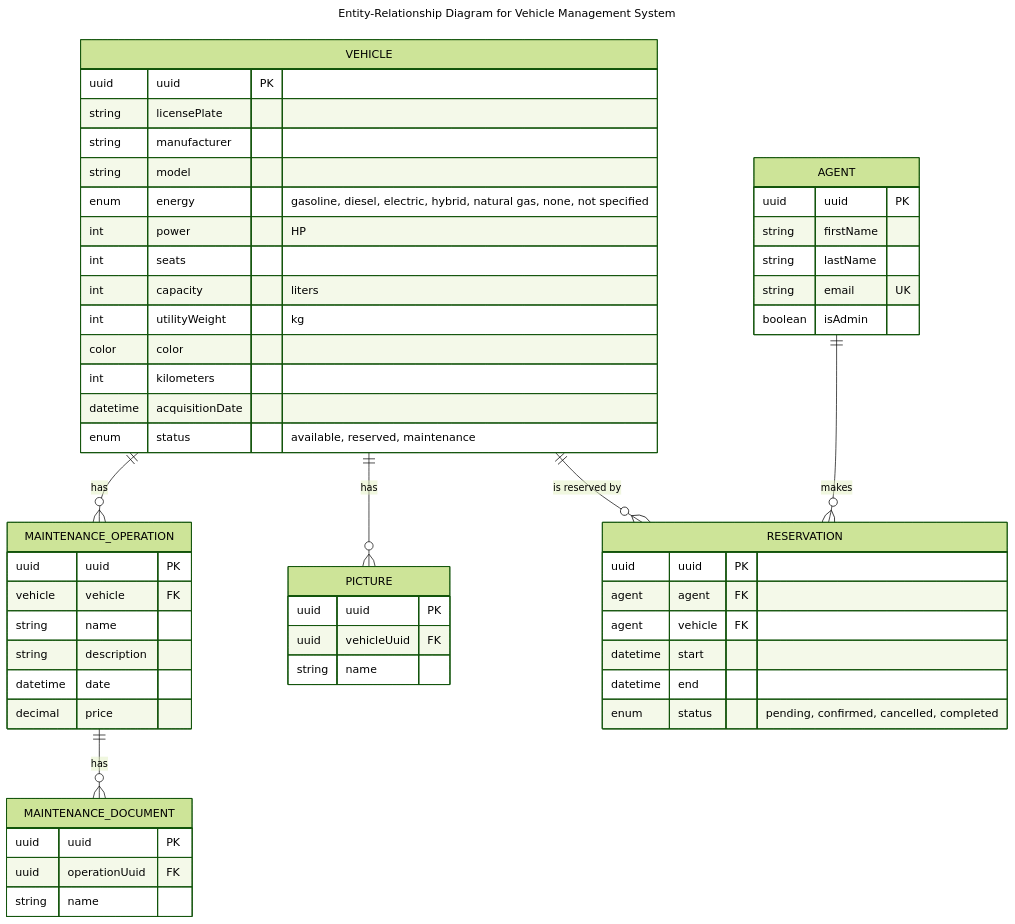
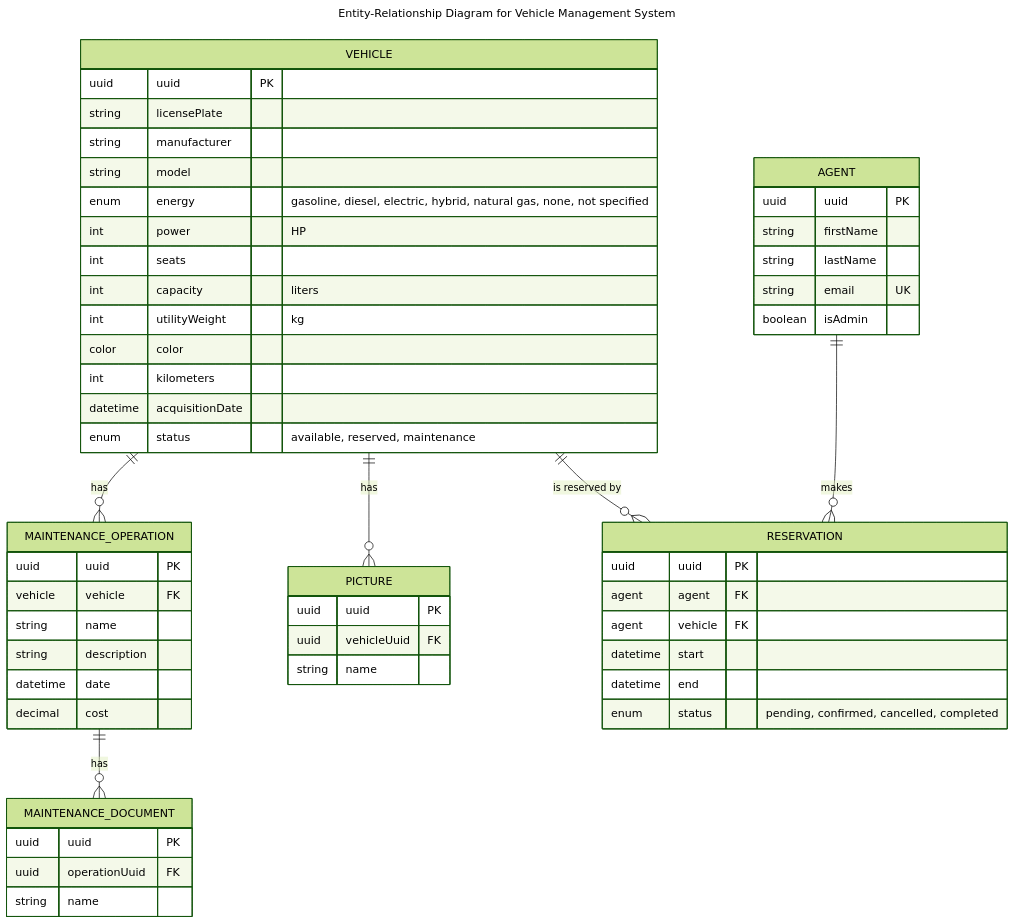
Before and after one commit to NathanFerry/wherethecar: the diagram in docs/domain/er-diagram.md, drawn with Mermaid (forest theme). The commit also changed 1 other file, not shown here.

Commit message:
Update domain and schema

````diff
--- a/docs/domain/er-diagram.md
+++ b/docs/domain/er-diagram.md
@@ -1,65 +1,65 @@
 ```mermaid
 ---
 title: Entity-Relationship Diagram for Vehicle Management System
 ---
 erDiagram
     VEHICLE ||--o{ MAINTENANCE_OPERATION : has
     VEHICLE ||--o{ PICTURE : has
     VEHICLE ||--o{ RESERVATION : "is reserved by"
     MAINTENANCE_OPERATION ||--o{ MAINTENANCE_DOCUMENT : has
     AGENT ||--o{ RESERVATION : makes
     
     VEHICLE {
         uuid uuid PK
         string licensePlate
         string manufacturer
         string model
         enum energy "gasoline, diesel, electric, hybrid, natural gas, none, not specified"
         int power "HP"
         int seats
         int capacity "liters"
         int utilityWeight "kg"
         color color
         int kilometers
         datetime acquisitionDate
         enum status "available, reserved, maintenance"
     }
     
     PICTURE {
         uuid uuid PK
         uuid vehicleUuid FK
         string name
     }
     
     MAINTENANCE_OPERATION {
         uuid uuid PK
         vehicle vehicle FK
         string name
         string description
         datetime date
-        decimal price
+        decimal cost
     }
     
     MAINTENANCE_DOCUMENT {
         uuid uuid PK
         uuid operationUuid FK
         string name
     }
     
     AGENT {
         uuid uuid PK
         string firstName
         string lastName
         string email UK
         boolean isAdmin
     }
     
     RESERVATION {
         uuid uuid PK
         agent agent FK
         agent vehicle FK
         datetime start
         datetime end
         enum status "pending, confirmed, cancelled, completed"
     }
 ```
````
